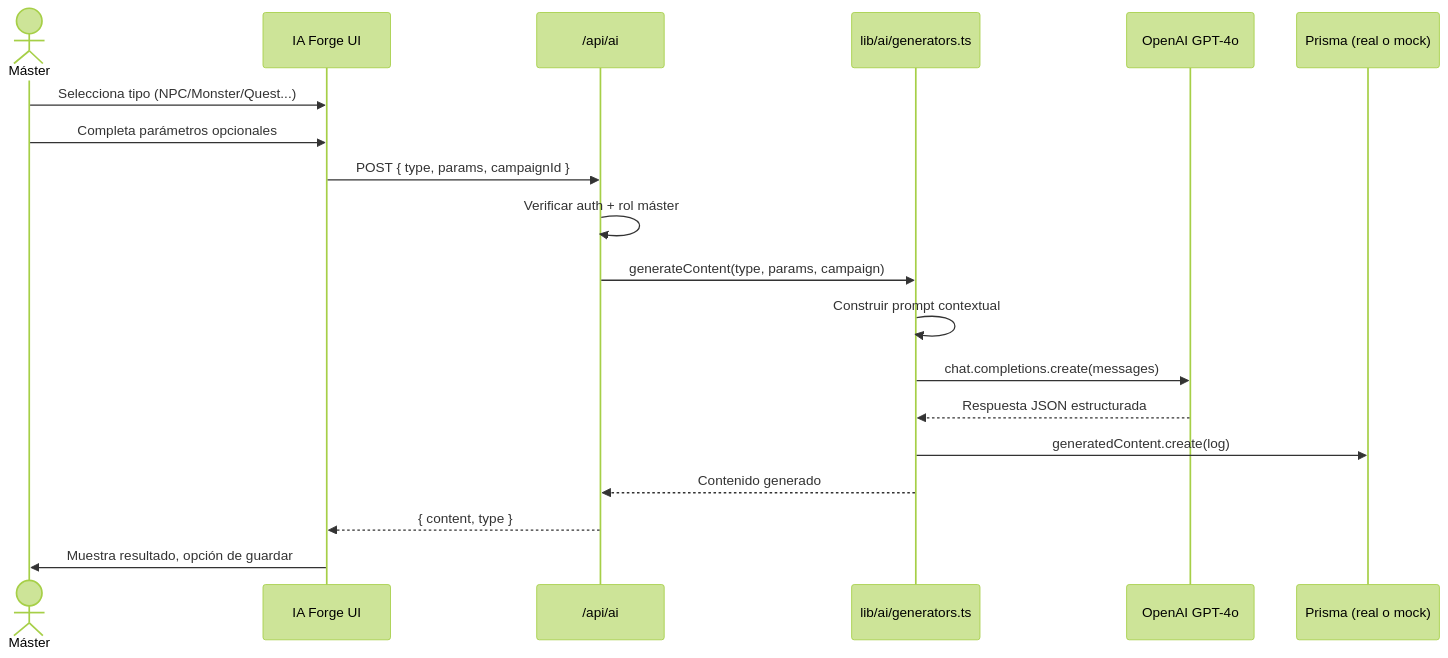
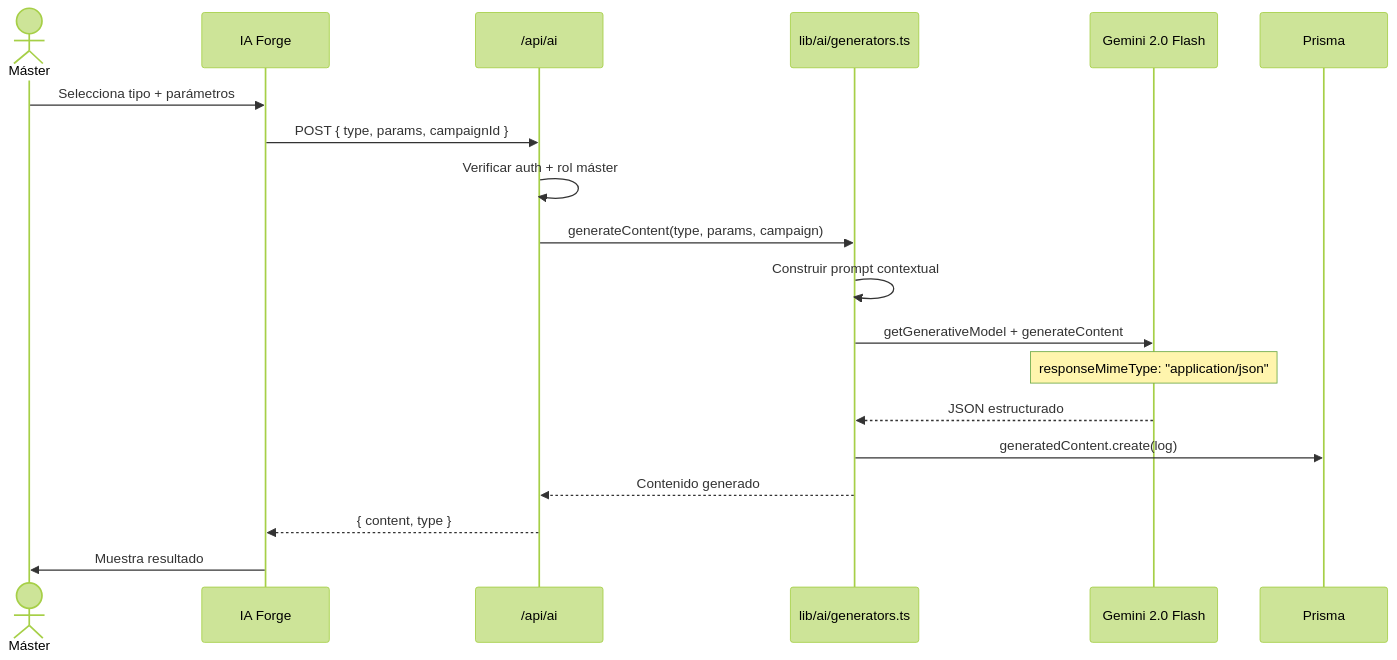
Before and after one commit to Xenov2030/campaign-forge: the fifth of 5 diagrams in .docs/02_tecnico.md, drawn with Mermaid (forest theme). The commit also changed other lines of this file and 7 other files, not shown here.

````diff
--- a/.docs/02_tecnico.md
+++ b/.docs/02_tecnico.md
@@ -333,22 +314,22 @@
 ```mermaid
 sequenceDiagram
     actor M as Máster
-    participant UI as IA Forge UI
+    participant UI as IA Forge
     participant API as /api/ai
     participant GEN as lib/ai/generators.ts
-    participant OAI as OpenAI GPT-4o
-    participant DB as Prisma (real o mock)
+    participant GEM as Gemini 2.0 Flash
+    participant DB as Prisma
 
-    M->>UI: Selecciona tipo (NPC/Monster/Quest...)
-    M->>UI: Completa parámetros opcionales
+    M->>UI: Selecciona tipo + parámetros
     UI->>API: POST { type, params, campaignId }
     API->>API: Verificar auth + rol máster
     API->>GEN: generateContent(type, params, campaign)
     GEN->>GEN: Construir prompt contextual
-    GEN->>OAI: chat.completions.create(messages)
-    OAI-->>GEN: Respuesta JSON estructurada
+    GEN->>GEM: getGenerativeModel + generateContent
+    note over GEM: responseMimeType: "application/json"
+    GEM-->>GEN: JSON estructurado
     GEN->>DB: generatedContent.create(log)
     GEN-->>API: Contenido generado
     API-->>UI: { content, type }
-    UI->>M: Muestra resultado, opción de guardar
+    UI->>M: Muestra resultado
 ```
````
